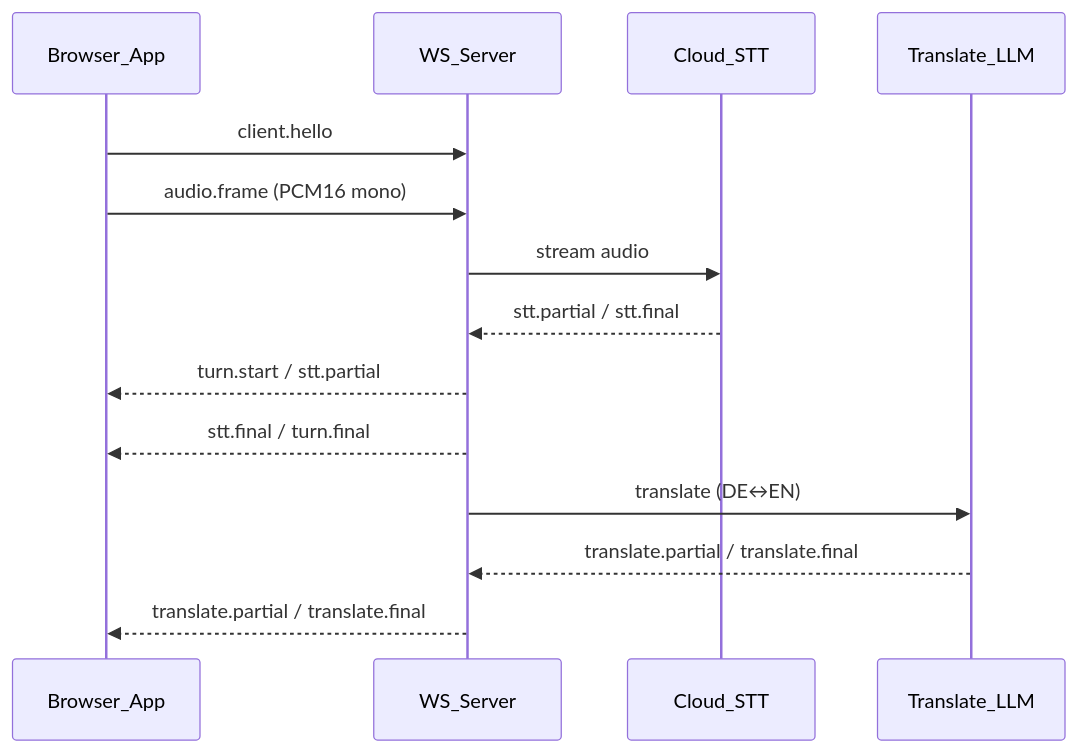
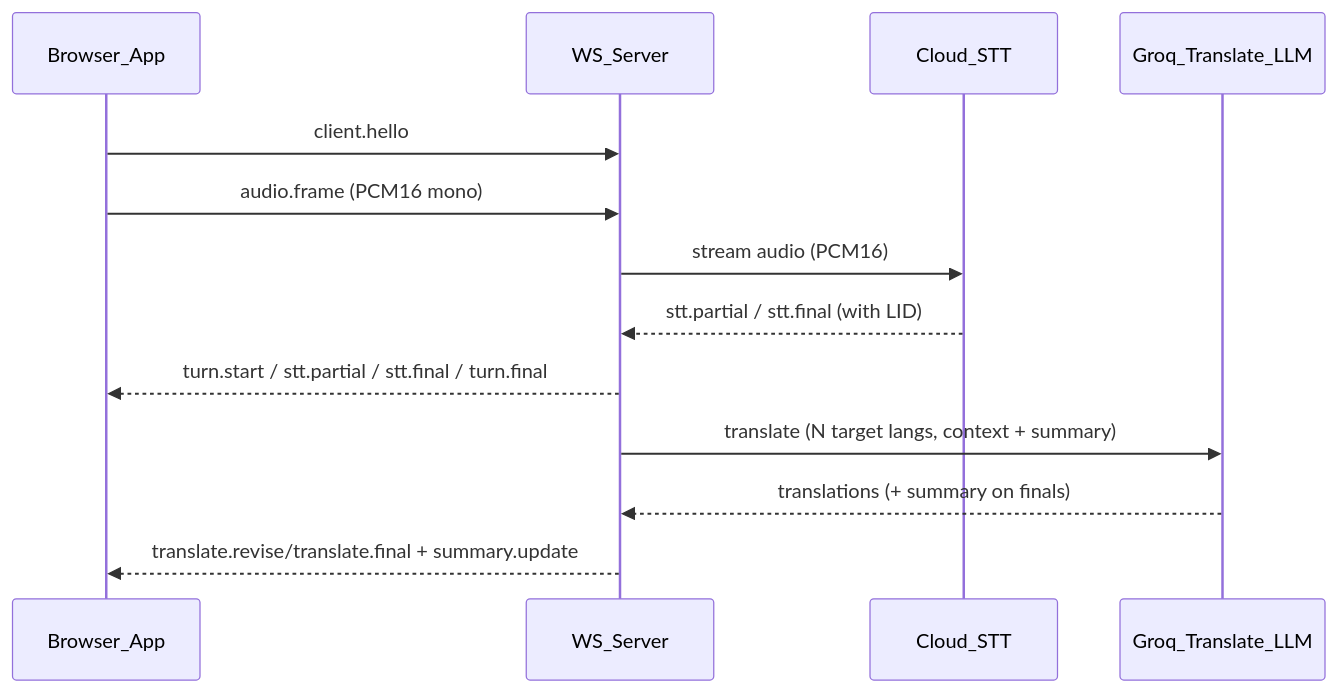
One commit to anton-belkin/LiveTranslate changed the diagram in docs/ARCHITECTURE.md. Above: the diagram before and after it, drawn with Mermaid. The commit also changed other lines of this file and 14 other files, not shown here.

Commit message:
try stt+groq

````diff
--- a/docs/ARCHITECTURE.md
+++ b/docs/ARCHITECTURE.md
@@ -5,17 +5,16 @@
 ```mermaid
 sequenceDiagram
   participant Browser as Browser_App
   participant Server as WS_Server
   participant STT as Cloud_STT
-  participant LLM as Translate_LLM
+  participant LLM as Groq_Translate_LLM
 
   Browser->>Server: client.hello
   Browser->>Server: audio.frame (PCM16 mono)
-  Server->>STT: stream audio
-  STT-->>Server: stt.partial / stt.final
-  Server-->>Browser: turn.start / stt.partial
-  Server-->>Browser: stt.final / turn.final
-  Server->>LLM: translate (DE↔EN)
-  LLM-->>Server: translate.partial / translate.final
-  Server-->>Browser: translate.partial / translate.final
+  Server->>STT: stream audio (PCM16)
+  STT-->>Server: stt.partial / stt.final (with LID)
+  Server-->>Browser: turn.start / stt.partial / stt.final / turn.final
+  Server->>LLM: translate (N target langs, context + summary)
+  LLM-->>Server: translations (+ summary on finals)
+  Server-->>Browser: translate.revise/translate.final + summary.update
 ```
````
